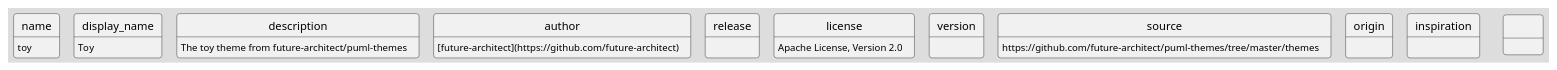
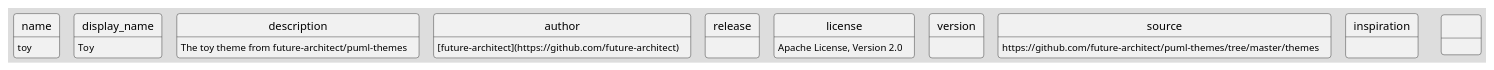
The diagram in themes/puml-theme-toy.puml (plantuml/plantuml), drawn with PlantUML before and after one commit. The commit also changed 42 other files, not shown here.

```diff
--- a/themes/puml-theme-toy.puml
+++ b/themes/puml-theme-toy.puml
@@ -1,87 +1,86 @@
 ---
 name: toy
 display_name: Toy
 description: The toy theme from future-architect/puml-themes
 author: [future-architect](https://github.com/future-architect)
 release: 
 license: Apache License, Version 2.0
 version: 
 source: https://github.com/future-architect/puml-themes/tree/master/themes
-origin: 
 inspiration: 
 ---
 
 skinparam BackgroundColor DDDDDD
 skinparam shadowing false
 skinparam RoundCorner 7
 skinparam ArrowColor 454645
 skinparam FontColor 454645
 skinparam SequenceLifeLineBorderColor 454645
 skinparam SequenceGroupHeaderFontColor 454645
 skinparam SequenceGroupFontColor 454645
 skinparam SequenceGroupBorderColor 454645
 skinparam SequenceGroupBorderThickness 1
 
 skinparam sequenceDivider {
     BorderColor 454645
     BorderThickness 1
     FontColor 454645
 }
 
 skinparam participant {
     BackgroundColor FF6F61
     BorderColor 454645
     FontColor White
     BorderThickness 1.5
 }
 
 skinparam database {
     BackgroundColor 98DDDE
     BorderColor 454645
     FontColor 454645
 }
 
 skinparam entity {
     BackgroundColor FFDA29
     BorderColor 454645
     FontColor 454645
 }
 
 skinparam note {
     BackgroundColor LightGreen
     BorderColor 454645
     FontColor 454645
     BorderThickness 1
 }
 
 skinparam actor {
     BackgroundColor 454645
     BorderColor 454645
     FontColor 454645
 }
 
 skinparam boundary {
     BackgroundColor FFDA29
     BorderColor 454645
     FontColor 454645
 }
 
 skinparam control {
     BackgroundColor FFDA29
     BorderColor 454645
     FontColor 454645
 }
 
 skinparam collections {
     BackgroundColor FF6F61
     BorderColor 454645
     FontColor 454645
     BorderThickness 1.5
 }
 
 skinparam queue {
     BackgroundColor FF6F61
     BorderColor 454645
     FontColor FFF
     BorderThickness 1.5
 }
```
